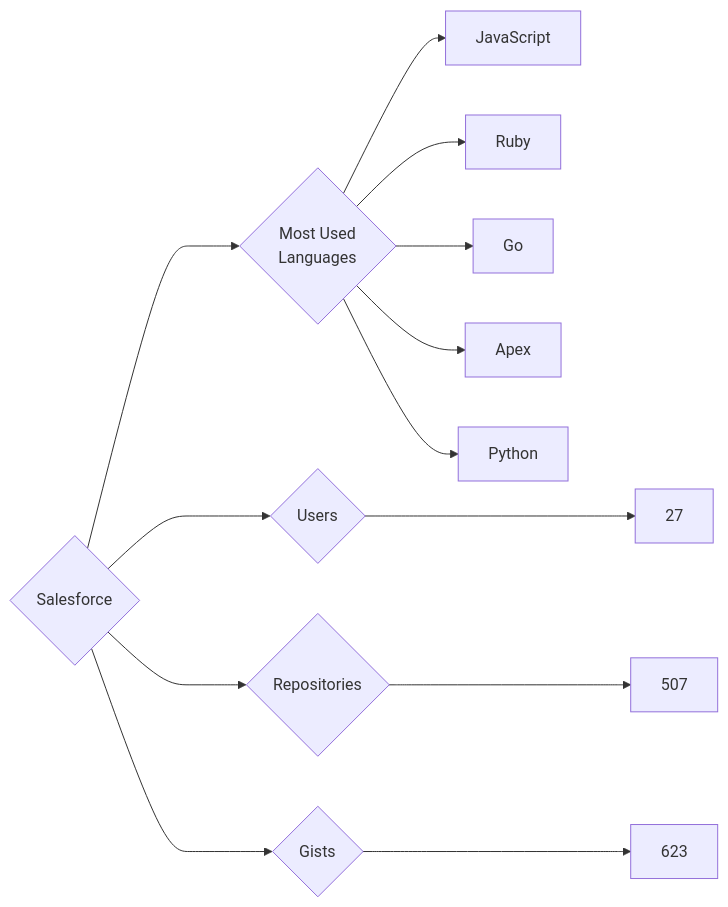
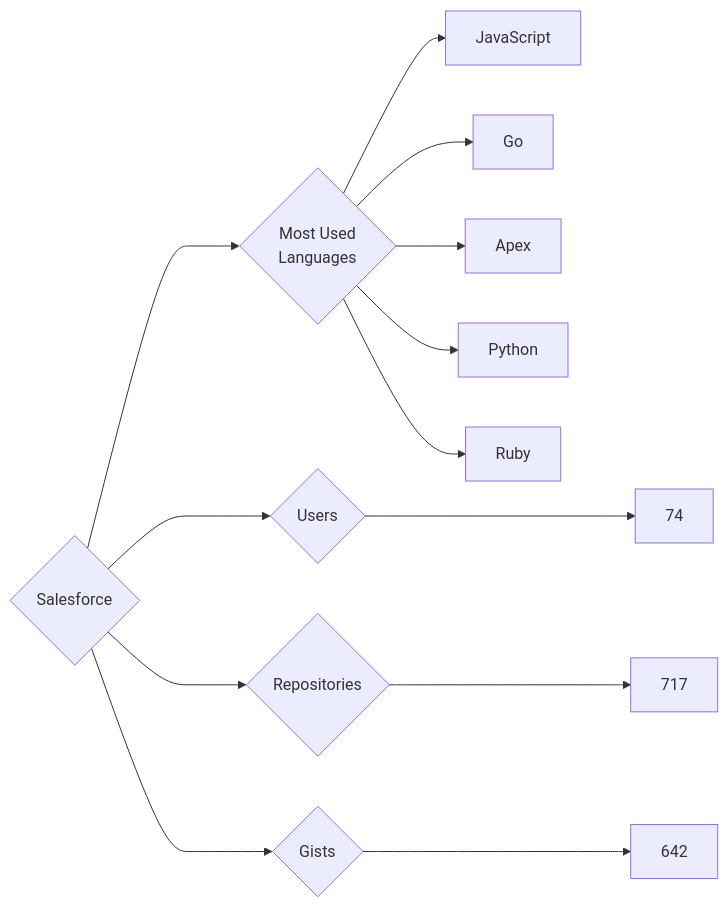
The diagram in targets/Salesforce/README.md (trickest/insiders), drawn with Mermaid before and after one commit. The commit also changed 912 other files, not shown here.

````diff
--- a/targets/Salesforce/README.md
+++ b/targets/Salesforce/README.md
@@ -3,13 +3,13 @@
 ```mermaid
 graph LR
 COMPANY_NAME{Salesforce}
-COMPANY_NAME ---> U{Users} ---> UN[27]
-COMPANY_NAME ---> R{Repositories} ---> RN[507]
-COMPANY_NAME ---> G{Gists} ---> GN[623]
+COMPANY_NAME ---> U{Users} ---> UN[74]
+COMPANY_NAME ---> R{Repositories} ---> RN[717]
+COMPANY_NAME ---> G{Gists} ---> GN[642]
 COMPANY_NAME ---> ML{Most Used<br>Languages}
 ML --> JavaScript[JavaScript]
-ML --> Ruby[Ruby]
 ML --> Go[Go]
 ML --> Apex[Apex]
 ML --> Python[Python]
+ML --> Ruby[Ruby]
 ```
````
